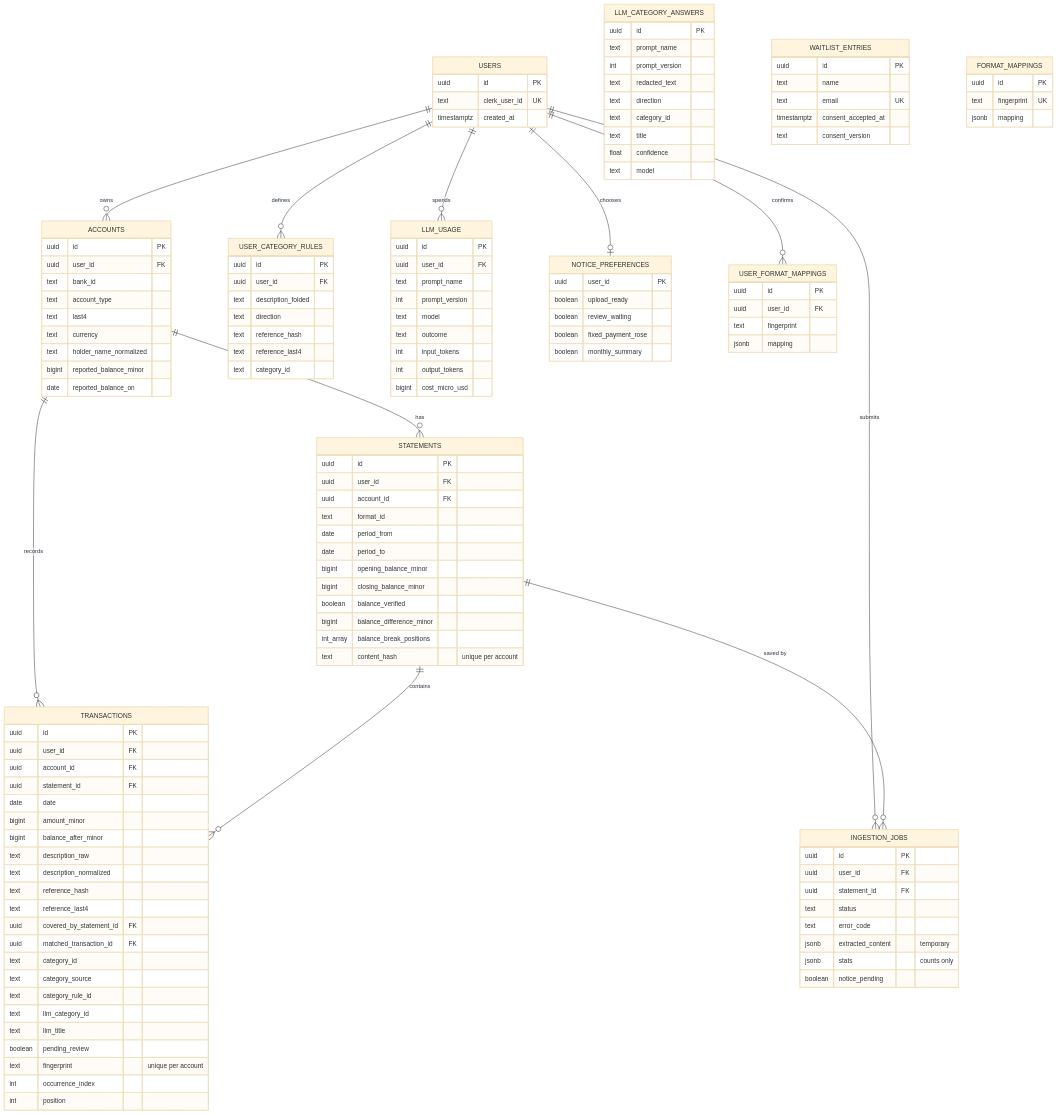
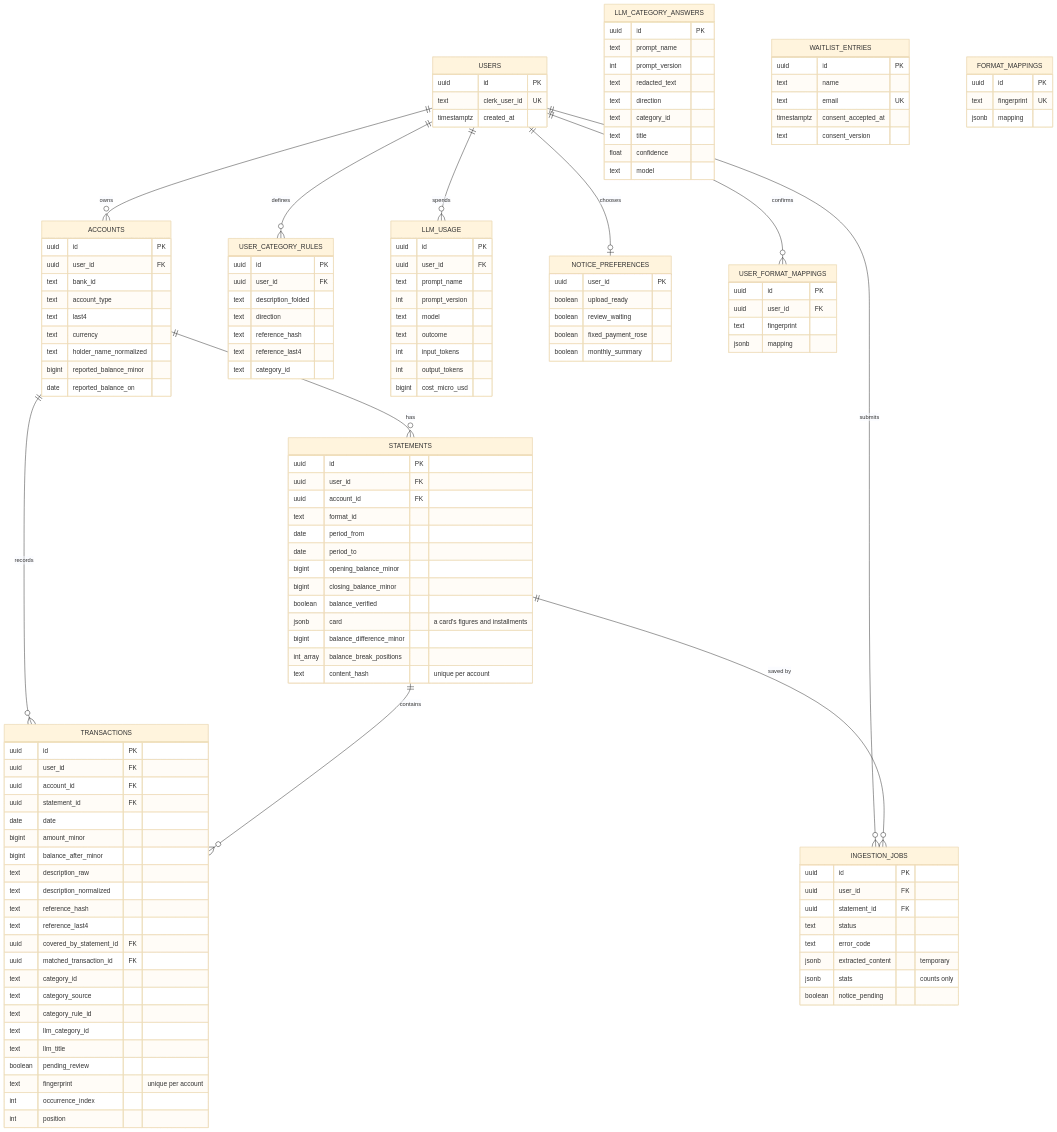
One commit to ingcarlostello/xtrakto changed the third of 7 diagrams in docs/ARCHITECTURE.md. Above: the diagram before and after it, drawn with Mermaid (base theme). The commit also changed other lines of this file and 6 other files, not shown here.

```diff
--- a/docs/ARCHITECTURE.md
+++ b/docs/ARCHITECTURE.md
@@ -224,6 +225,7 @@
         bigint opening_balance_minor
         bigint closing_balance_minor
         boolean balance_verified
+        jsonb card "a card's figures and installments"
         bigint balance_difference_minor
         int_array balance_break_positions
         text content_hash "unique per account"
```
